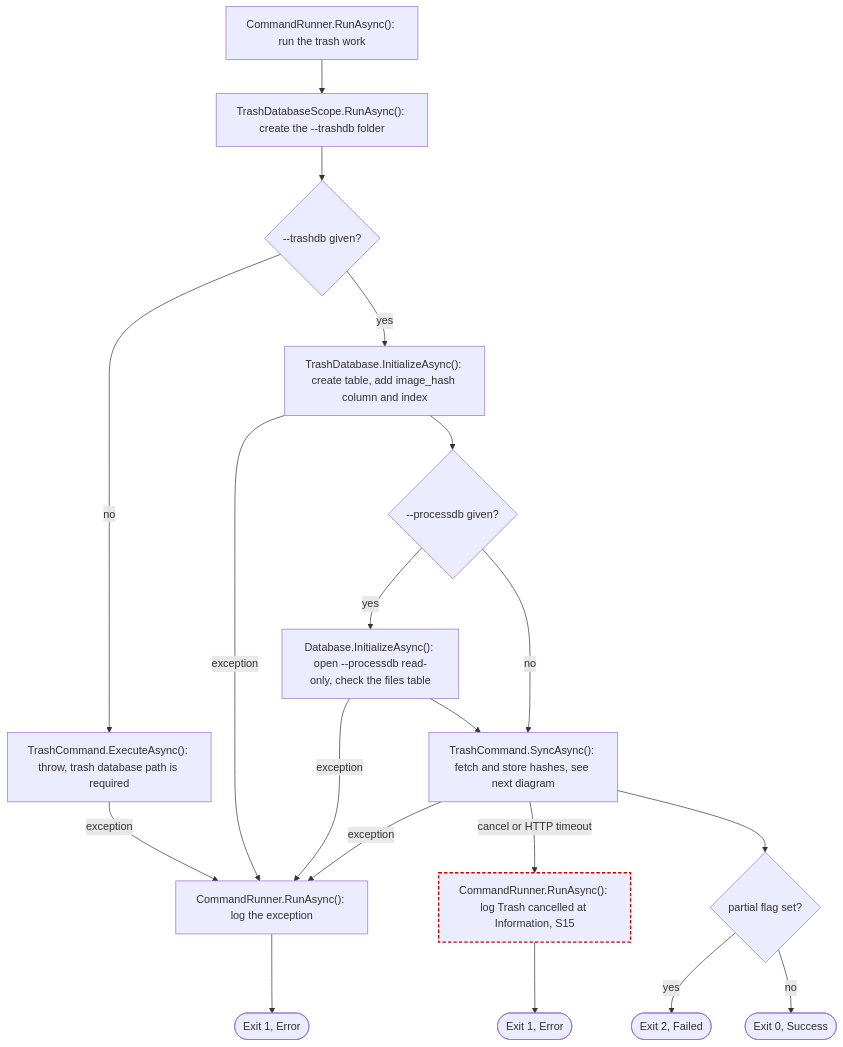
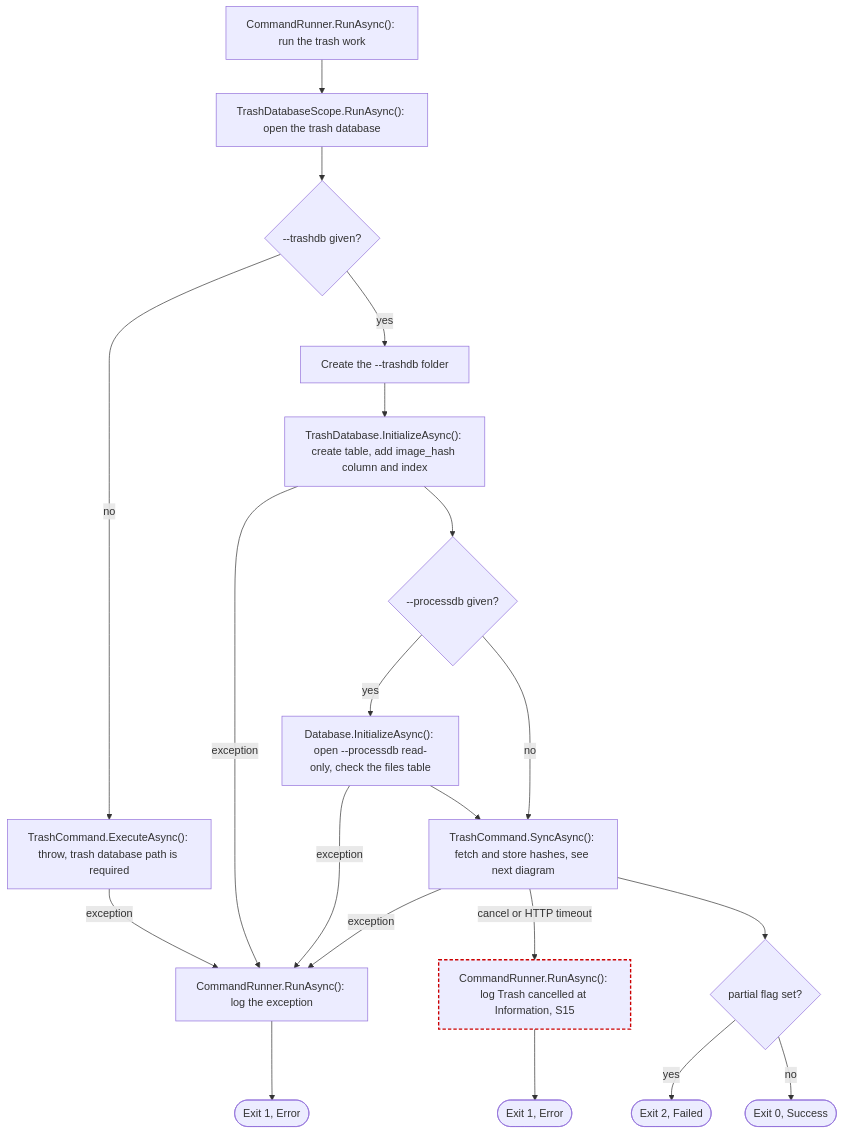
One commit to ptr727/PhotoCleaner changed diagram 16 of 23 in ARCHITECTURE.md. Above: the diagram before and after it, drawn with Mermaid. The commit also changed other lines of this file, not shown here.

Commit message:
Check --trashdb Before Creating Its Folder, and Name the Marker Only Without --skipbackup

````diff
--- a/ARCHITECTURE.md
+++ b/ARCHITECTURE.md
@@ -855,22 +855,23 @@
 ```mermaid
 flowchart TD
-  T1["CommandRunner.RunAsync(): run the trash work"] --> T2["TrashDatabaseScope.RunAsync(): create the --trashdb folder"]
+  T1["CommandRunner.RunAsync(): run the trash work"] --> T2["TrashDatabaseScope.RunAsync(): open the trash database"]
   T2 --> T3{"--trashdb given?"}
   T3 -->|"no"| T4["TrashCommand.ExecuteAsync(): throw, trash database path is required"]
   T4 -->|"exception"| TE
-  T3 -->|"yes"| T5["TrashDatabase.InitializeAsync(): create table, add image_hash column and index"]
+  T3 -->|"yes"| T3a["Create the --trashdb folder"]
+  T3a --> T5["TrashDatabase.InitializeAsync(): create table, add image_hash column and index"]
   T5 -->|"exception"| TE
   T5 --> T6{"--processdb given?"}
   T6 -->|"yes"| T7["Database.InitializeAsync(): open --processdb read-only, check the files table"]
   T7 -->|"exception"| TE
   T7 --> T8["TrashCommand.SyncAsync(): fetch and store hashes, see next diagram"]
   T6 -->|"no"| T8
   T8 -->|"exception"| TE
   T8 -->|"cancel or HTTP timeout"| T9["CommandRunner.RunAsync(): log Trash cancelled at Information, S15"]:::suspect
   T9 --> T10(["Exit 1, Error"])
   T8 --> T11{"partial flag set?"}
   T11 -->|"yes"| T12(["Exit 2, Failed"])
   T11 -->|"no"| T13(["Exit 0, Success"])
   TE["CommandRunner.RunAsync(): log the exception"] --> T14(["Exit 1, Error"])
   classDef suspect stroke:#c00,stroke-width:2px,stroke-dasharray:5 3
 ```
````
